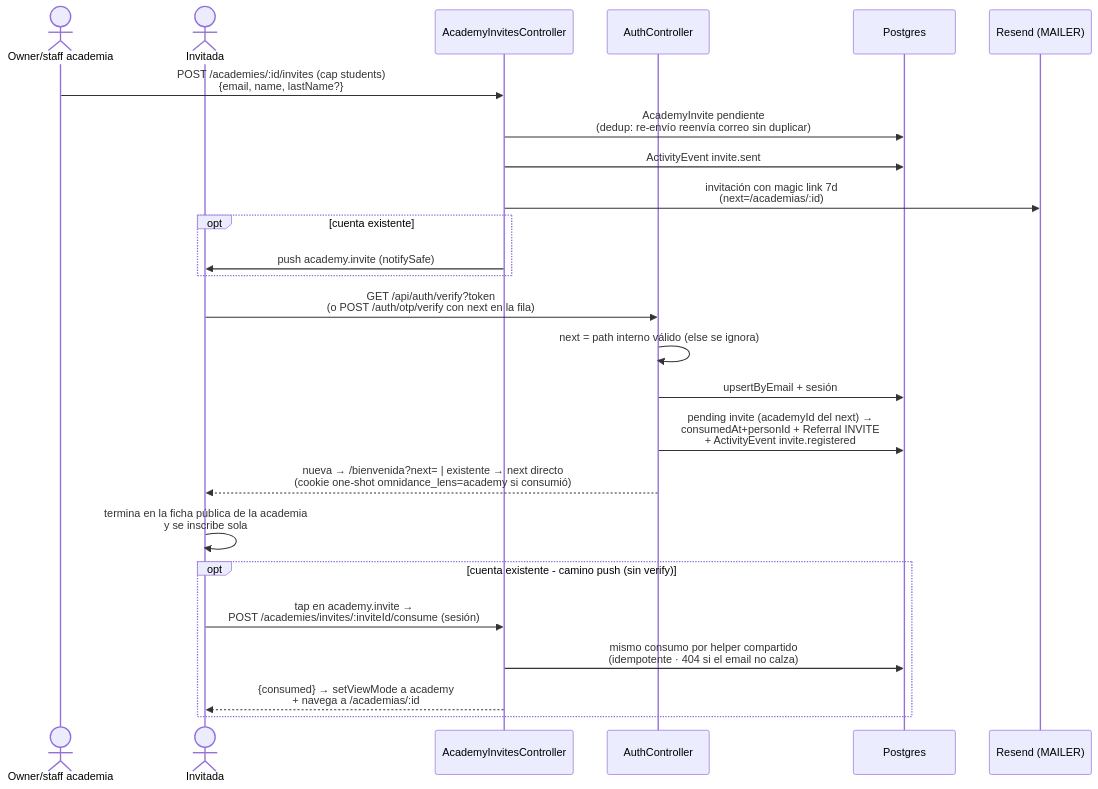
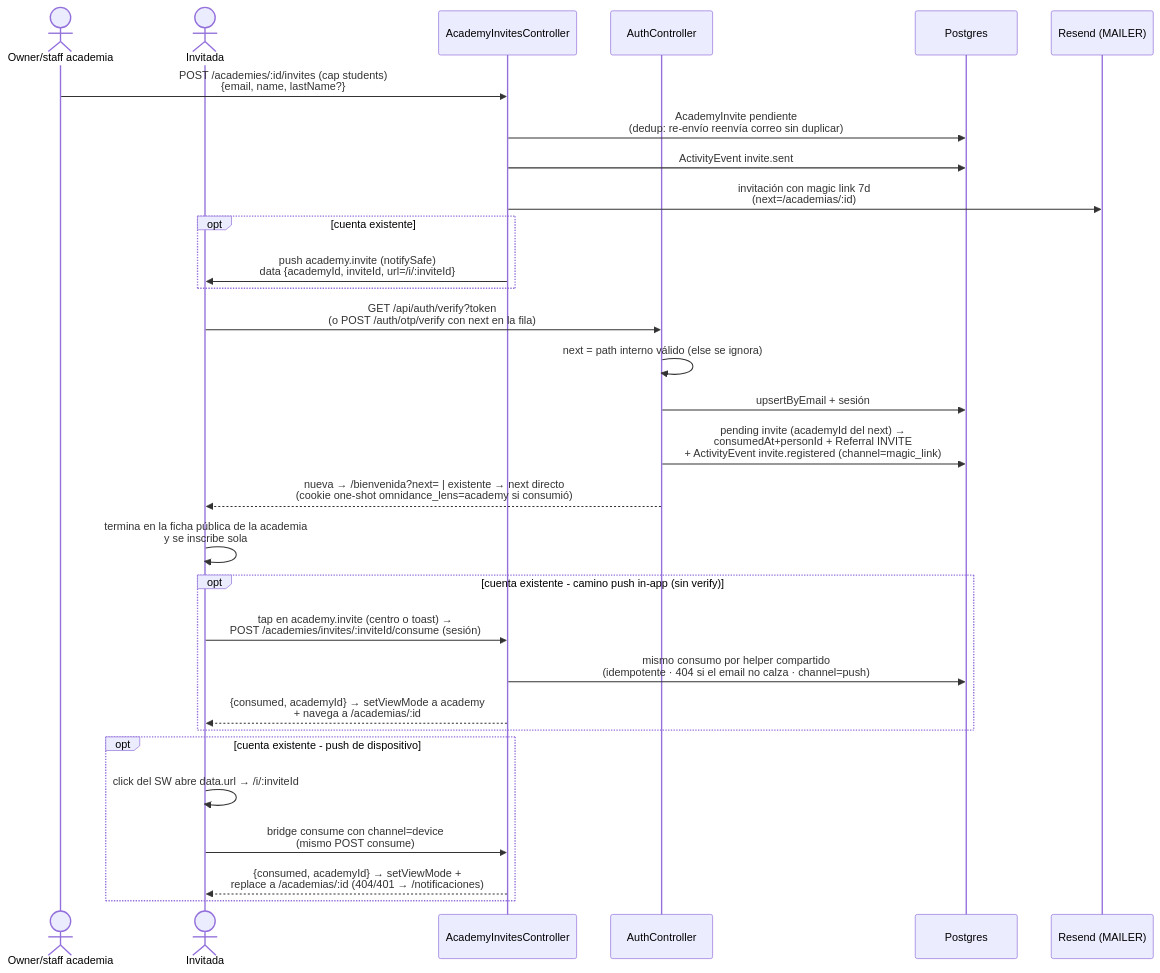
One commit to EduardoSalasG/omnidance changed diagram 26 of 42 in docs/flows.md. Above: the diagram before and after it, drawn with Mermaid. The commit also changed 23 other files, not shown here.

Commit message:
feat(invites): push de dispositivo cierra el canal - bridge /i/:inviteId consume con channel=device, consume devuelve academyId, mark-read en el tap del toast y atribucion de canal en invite.registered

````diff
--- a/docs/flows.md
+++ b/docs/flows.md
@@ -561,28 +561,33 @@
 ```mermaid
 sequenceDiagram
     actor Ow as Owner/staff academia
     actor I as Invitada
     participant API as AcademyInvitesController
     participant AUTH as AuthController
     participant DB as Postgres
     participant MAIL as Resend (MAILER)
 
     Ow->>API: POST /academies/:id/invites (cap students)<br/>{email, name, lastName?}
     API->>DB: AcademyInvite pendiente<br/>(dedup: re-envío reenvía correo sin duplicar)
     API->>DB: ActivityEvent invite.sent
     API->>MAIL: invitación con magic link 7d<br/>(next=/academias/:id)
     opt cuenta existente
-        API->>I: push academy.invite (notifySafe)
+        API->>I: push academy.invite (notifySafe)<br/>data {academyId, inviteId, url=/i/:inviteId}
     end
     I->>AUTH: GET /api/auth/verify?token<br/>(o POST /auth/otp/verify con next en la fila)
     AUTH->>AUTH: next = path interno válido (else se ignora)
     AUTH->>DB: upsertByEmail + sesión
-    AUTH->>DB: pending invite (academyId del next) →<br/>consumedAt+personId + Referral INVITE<br/>+ ActivityEvent invite.registered
+    AUTH->>DB: pending invite (academyId del next) →<br/>consumedAt+personId + Referral INVITE<br/>+ ActivityEvent invite.registered (channel=magic_link)
     AUTH-->>I: nueva → /bienvenida?next= | existente → next directo<br/>(cookie one-shot omnidance_lens=academy si consumió)
     I->>I: termina en la ficha pública de la academia<br/>y se inscribe sola
-    opt cuenta existente - camino push (sin verify)
-        I->>API: tap en academy.invite →<br/>POST /academies/invites/:inviteId/consume (sesión)
-        API->>DB: mismo consumo por helper compartido<br/>(idempotente · 404 si el email no calza)
-        API-->>I: {consumed} → setViewMode a academy<br/>+ navega a /academias/:id
+    opt cuenta existente - camino push in-app (sin verify)
+        I->>API: tap en academy.invite (centro o toast) →<br/>POST /academies/invites/:inviteId/consume (sesión)
+        API->>DB: mismo consumo por helper compartido<br/>(idempotente · 404 si el email no calza · channel=push)
+        API-->>I: {consumed, academyId} → setViewMode a academy<br/>+ navega a /academias/:id
+    end
+    opt cuenta existente - push de dispositivo
+        I->>I: click del SW abre data.url → /i/:inviteId
+        I->>API: bridge consume con channel=device<br/>(mismo POST consume)
+        API-->>I: {consumed, academyId} → setViewMode +<br/>replace a /academias/:id (404/401 → /notificaciones)
     end
 ```
````
